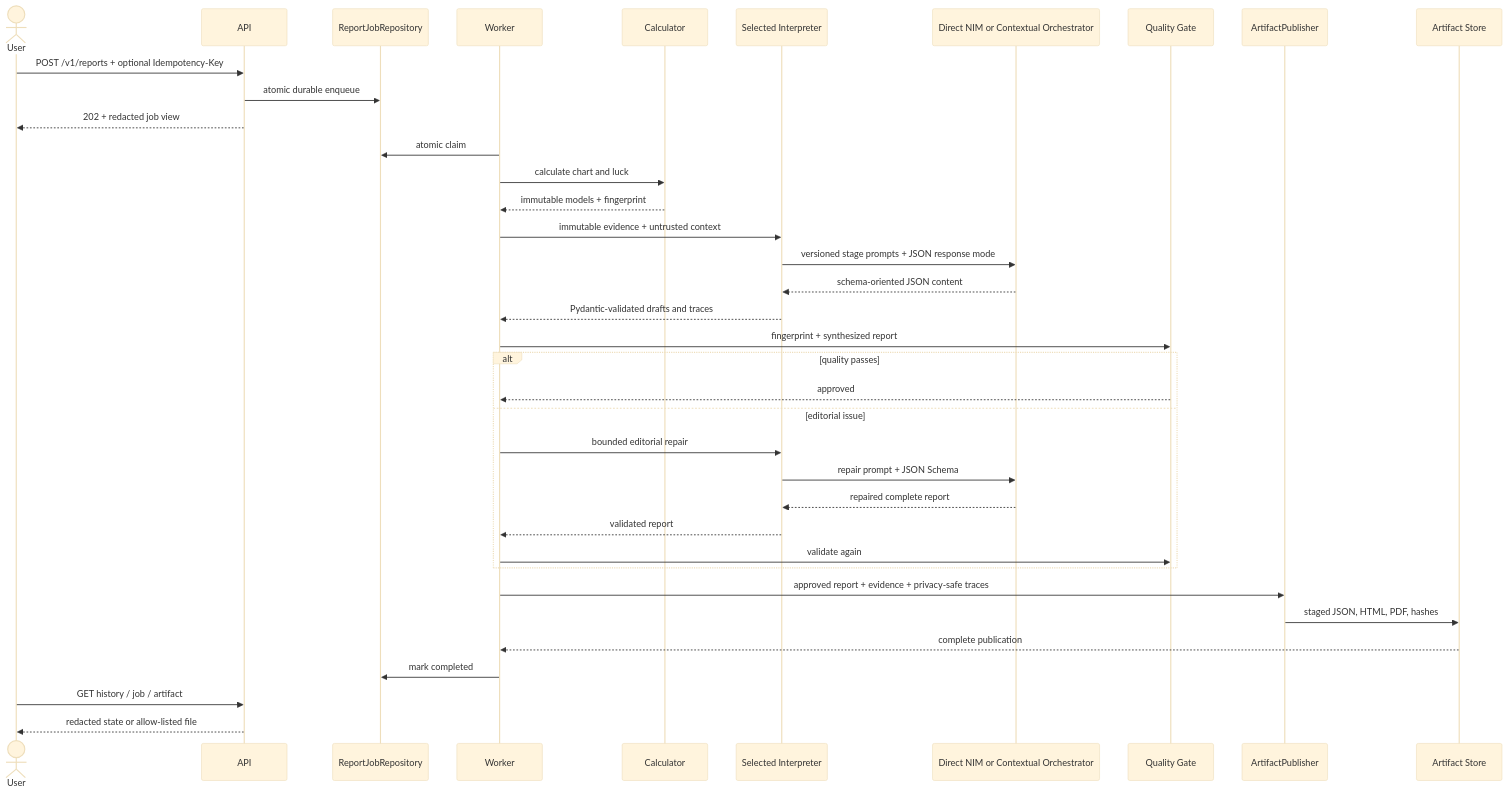
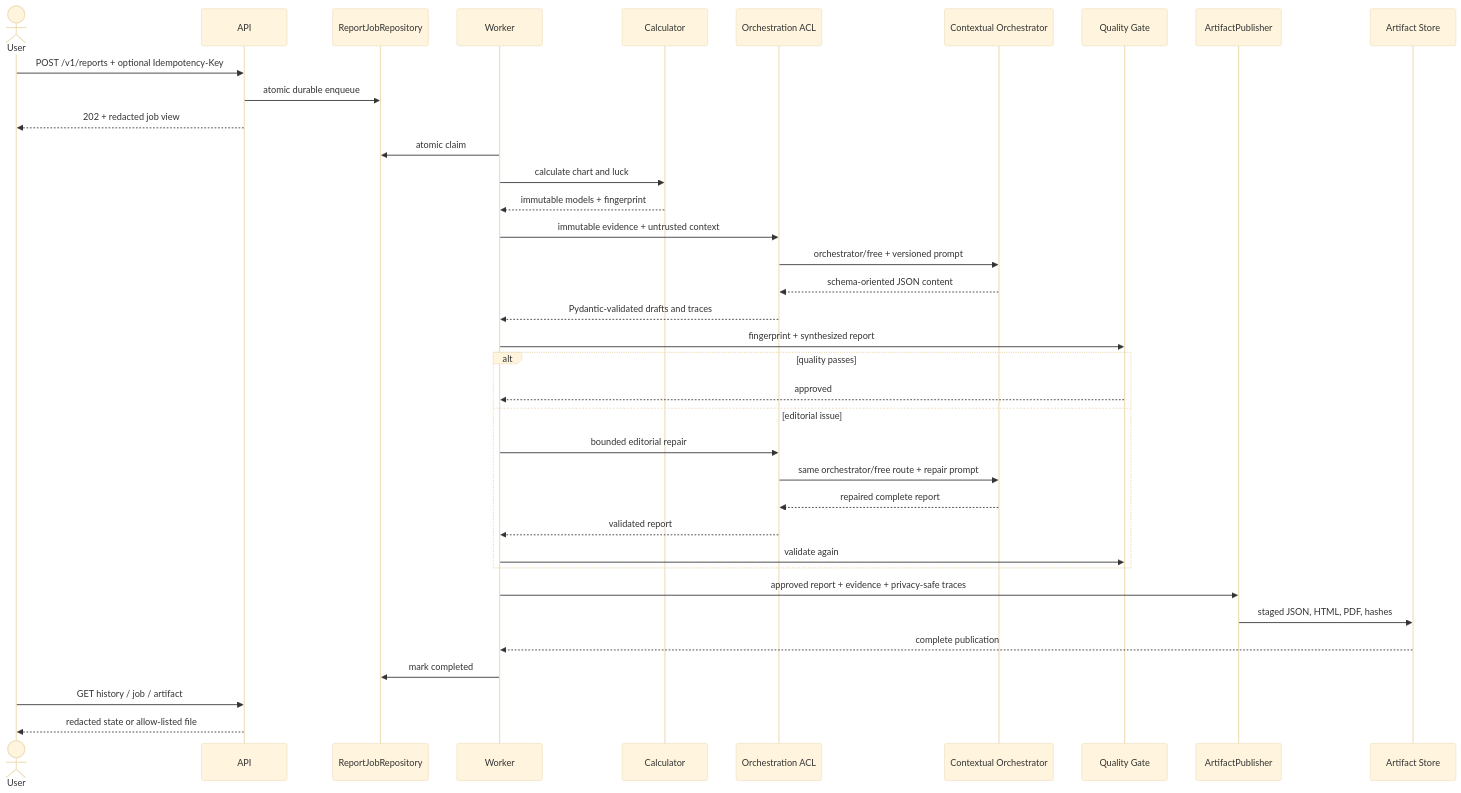
One commit to ContextualWisdomLab/four-pillars changed the third of 7 diagrams in docs/uml/architecture.md. Above: the diagram before and after it, drawn with Mermaid (base theme). The commit also changed other lines of this file, not shown here.

Commit message:
docs(uml): show orchestration ACL as the only product LLM path

````diff
--- a/docs/uml/architecture.md
+++ b/docs/uml/architecture.md
@@ -73,40 +56,40 @@
 ```mermaid
 sequenceDiagram
   actor U as User
   participant A as API
   participant Q as ReportJobRepository
   participant W as Worker
   participant C as Calculator
-  participant I as Selected Interpreter
-  participant M as Direct NIM or Contextual Orchestrator
+  participant I as Orchestration ACL
+  participant O as Contextual Orchestrator
   participant G as Quality Gate
   participant R as ArtifactPublisher
   participant S as Artifact Store
 
   U->>A: POST /v1/reports + optional Idempotency-Key
   A->>Q: atomic durable enqueue
   A-->>U: 202 + redacted job view
   W->>Q: atomic claim
   W->>C: calculate chart and luck
   C-->>W: immutable models + fingerprint
   W->>I: immutable evidence + untrusted context
-  I->>M: versioned stage prompts + JSON response mode
-  M-->>I: schema-oriented JSON content
+  I->>O: orchestrator/free + versioned prompt
+  O-->>I: schema-oriented JSON content
   I-->>W: Pydantic-validated drafts and traces
   W->>G: fingerprint + synthesized report
   alt quality passes
     G-->>W: approved
   else editorial issue
     W->>I: bounded editorial repair
-    I->>M: repair prompt + JSON Schema
-    M-->>I: repaired complete report
+    I->>O: same orchestrator/free route + repair prompt
+    O-->>I: repaired complete report
     I-->>W: validated report
     W->>G: validate again
   end
   W->>R: approved report + evidence + privacy-safe traces
   R->>S: staged JSON, HTML, PDF, hashes
   S-->>W: complete publication
   W->>Q: mark completed
   U->>A: GET history / job / artifact
   A-->>U: redacted state or allow-listed file
 ```
````
